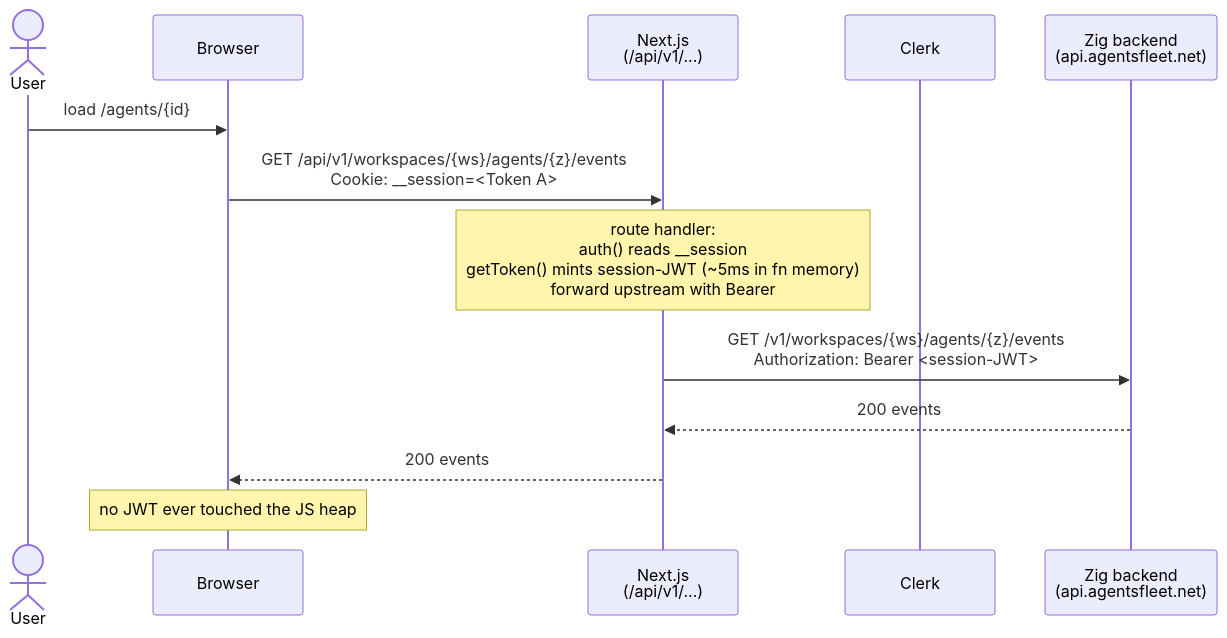
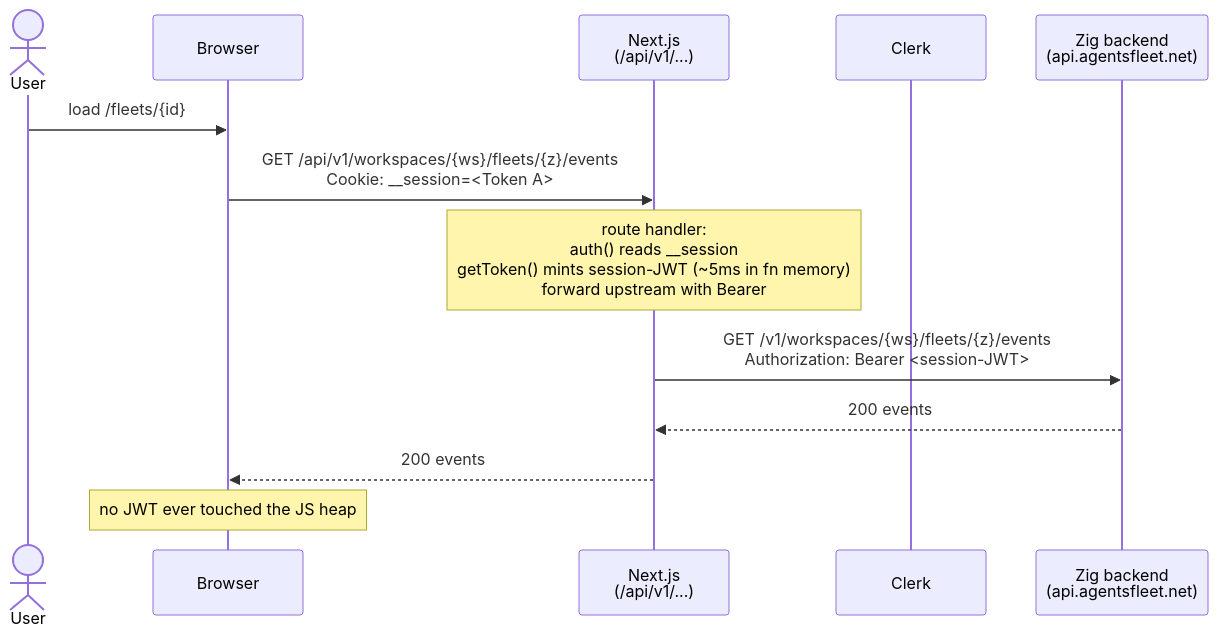
The eighth of 9 diagrams in docs/AUTH.md (agentsfleet/agentsfleet), drawn with Mermaid before and after one commit. The commit also changed other lines of this file and 787 other files, not shown here.

First line of the commit message:
chore(m94): WIP snapshot — fleet-bundle scaffolding + architecture docs reconciled

````diff
--- a/docs/AUTH.md
+++ b/docs/AUTH.md
@@ -615,16 +615,16 @@
 ```mermaid
 sequenceDiagram
     actor User
     participant Browser
     participant Next as Next.js<br/>(/api/v1/...)
     participant Clerk
     participant API as Zig backend<br/>(api.agentsfleet.net)
 
-    User->>Browser: load /agents/{id}
-    Browser->>Next: GET /api/v1/workspaces/{ws}/agents/{z}/events<br/>Cookie: __session=<Token A>
+    User->>Browser: load /fleets/{id}
+    Browser->>Next: GET /api/v1/workspaces/{ws}/fleets/{z}/events<br/>Cookie: __session=<Token A>
     Note over Next: route handler:<br/>auth() reads __session<br/>getToken() mints session-JWT (~5ms in fn memory)<br/>forward upstream with Bearer
-    Next->>API: GET /v1/workspaces/{ws}/agents/{z}/events<br/>Authorization: Bearer <session-JWT>
+    Next->>API: GET /v1/workspaces/{ws}/fleets/{z}/events<br/>Authorization: Bearer <session-JWT>
     API-->>Next: 200 events
     Next-->>Browser: 200 events
     Note over Browser: no JWT ever touched the JS heap
 ```
````
